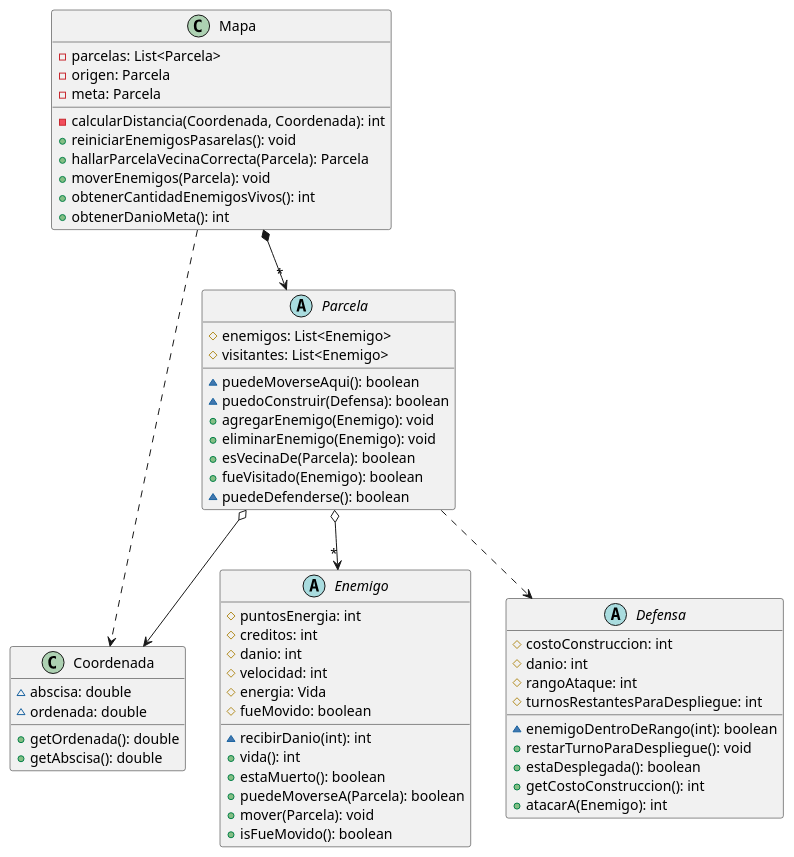
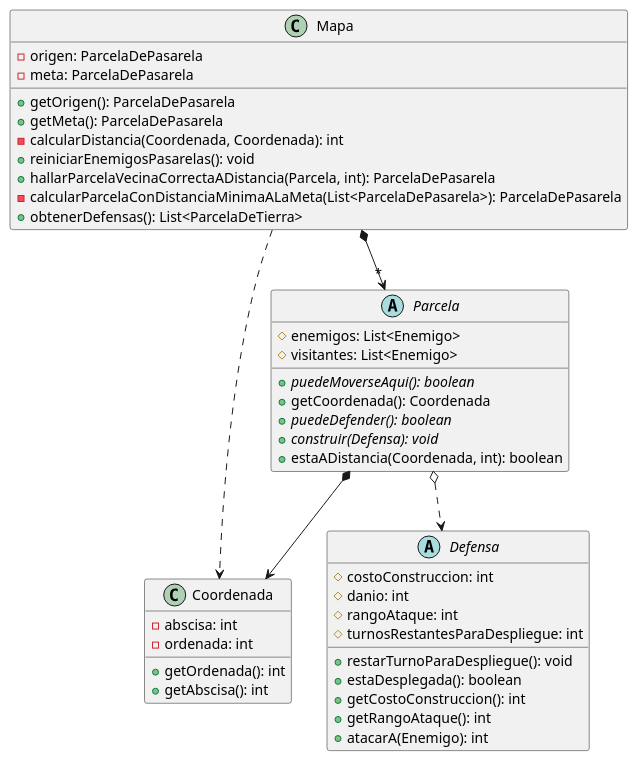
One commit to juanignaciogiacobbe/AlgoDefense_TP2 changed the diagram in diagrams/classes/Mapa.plantuml. Above: the diagram before and after it, drawn with PlantUML.

Commit message:
actualizo diag mapa

```diff
--- a/diagrams/classes/Mapa.plantuml
+++ b/diagrams/classes/Mapa.plantuml
@@ -1,74 +1,57 @@
 @startuml
 
 
 Mapa *-->"*" Parcela
 Mapa ..> Coordenada
 
-Parcela o--> Coordenada
-Parcela o-->"*" Enemigo
-Parcela ..> Defensa
+Parcela *--> Coordenada
+Parcela o..> Defensa
 
 
 
 class Mapa {
-  - parcelas: List<Parcela>
-  - origen: Parcela
-  - meta: Parcela
+  - origen: ParcelaDePasarela
+  - meta: ParcelaDePasarela
 
+  + getOrigen(): ParcelaDePasarela
+  + getMeta(): ParcelaDePasarela
   - calcularDistancia(Coordenada, Coordenada): int
   + reiniciarEnemigosPasarelas(): void
-  + hallarParcelaVecinaCorrecta(Parcela): Parcela
-  + moverEnemigos(Parcela): void
-  + obtenerCantidadEnemigosVivos(): int
-  + obtenerDanioMeta(): int
+  + hallarParcelaVecinaCorrectaADistancia(Parcela, int): ParcelaDePasarela
+  - calcularParcelaConDistanciaMinimaALaMeta(List<ParcelaDePasarela>): ParcelaDePasarela
+  + obtenerDefensas(): List<ParcelaDeTierra>
+
 }
 class Coordenada {
-  ~ abscisa: double
-  ~ ordenada: double
-  + getOrdenada(): double
-  + getAbscisa(): double
+  - abscisa: int
+  - ordenada: int
+  + getOrdenada(): int
+  + getAbscisa(): int
 }
 
 abstract Parcela {
   # enemigos: List<Enemigo>
   # visitantes: List<Enemigo>
 
-  ~ puedeMoverseAqui(): boolean
-  ~ puedoConstruir(Defensa): boolean
-  + agregarEnemigo(Enemigo): void
-  + eliminarEnemigo(Enemigo): void
-  + esVecinaDe(Parcela): boolean
-  + fueVisitado(Enemigo): boolean
-  ~ puedeDefenderse(): boolean
+  + {abstract} puedeMoverseAqui(): boolean
+  + getCoordenada(): Coordenada
+  + {abstract} puedeDefender(): boolean
+  + {abstract} construir(Defensa): void
+  + estaADistancia(Coordenada, int): boolean
 
 }
-abstract Enemigo {
 
-  # puntosEnergia: int
-  # creditos: int
-  # danio: int
-  # velocidad: int
-  # energia: Vida
-  # fueMovido: boolean
-
-  ~ recibirDanio(int): int
-  + vida(): int
-  + estaMuerto(): boolean
-  + puedeMoverseA(Parcela): boolean
-  + mover(Parcela): void
-  + isFueMovido(): boolean
-}
 
 abstract Defensa {
   # costoConstruccion: int
   # danio: int
   # rangoAtaque: int
   # turnosRestantesParaDespliegue: int
-  ~ enemigoDentroDeRango(int): boolean
   + restarTurnoParaDespliegue(): void
   + estaDesplegada(): boolean
   + getCostoConstruccion(): int
+  + getRangoAtaque(): int
   + atacarA(Enemigo): int
 }
 
 @enduml
```
